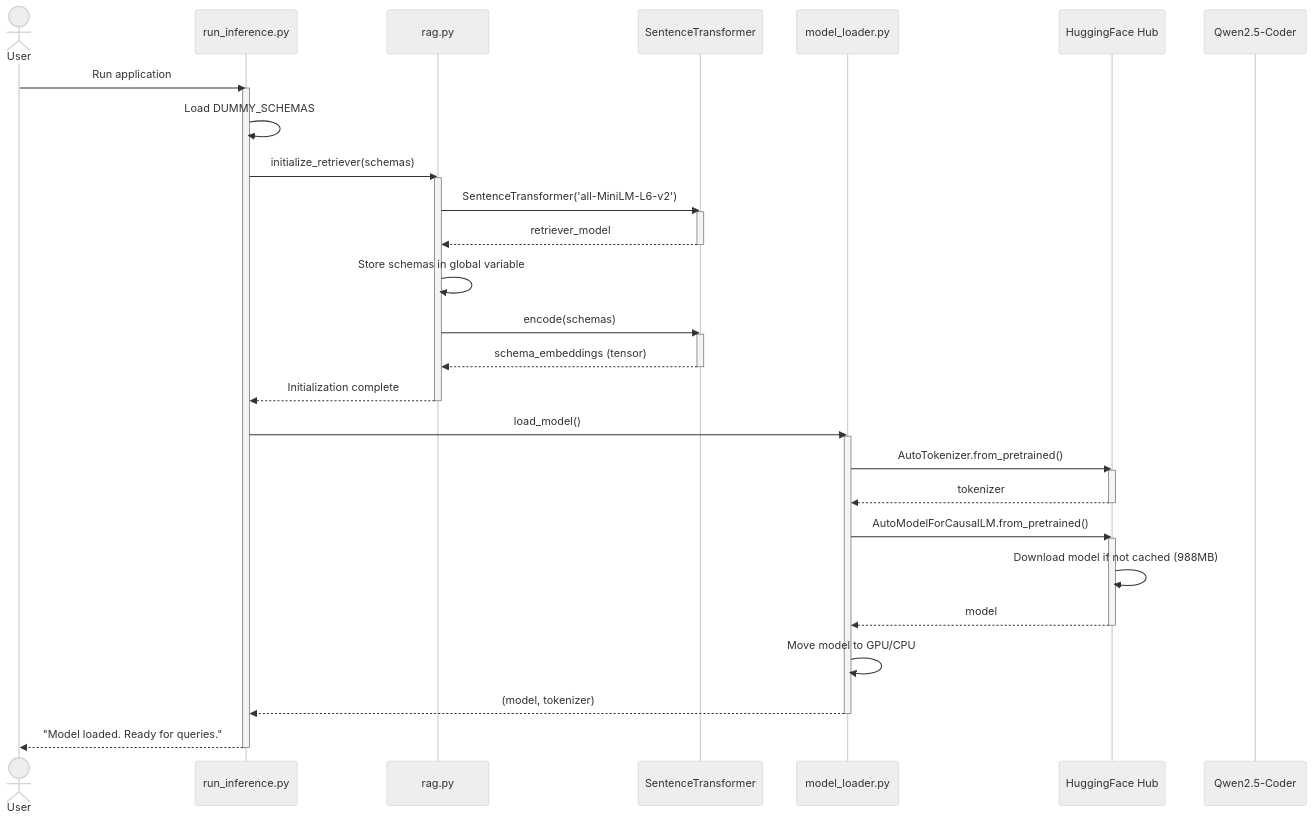
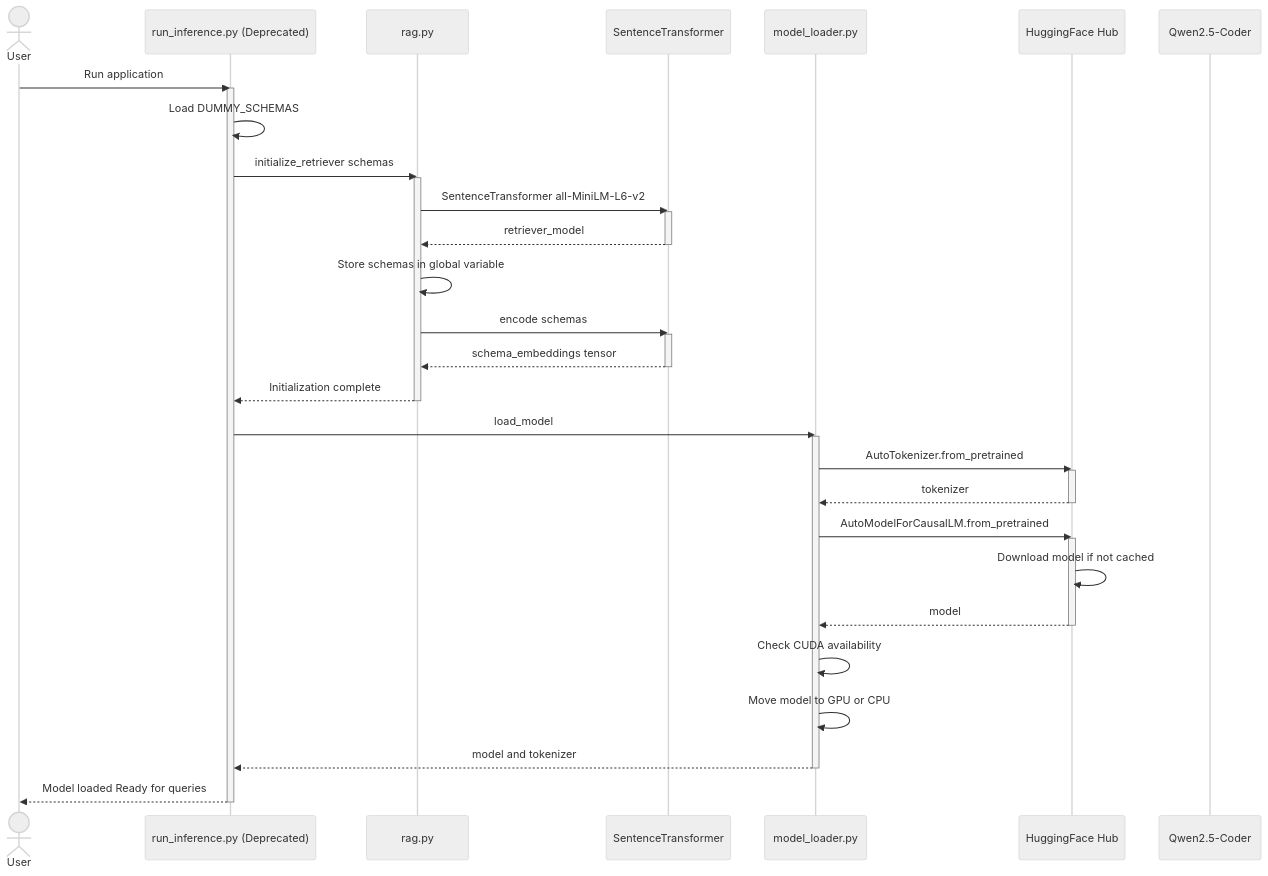
Before and after one commit to nayanjha16/CodeGen-Implementations: the first of 11 diagrams in docs/sequence_diagrams.md, drawn with Mermaid (neutral theme). The commit also changed other lines of this file and 24 other files, not shown here.

````diff
--- a/docs/sequence_diagrams.md
+++ b/docs/sequence_diagrams.md
@@ -9,50 +9,51 @@
 ```mermaid
 sequenceDiagram
     actor User
-    participant Main as run_inference.py
+    participant Main as run_inference.py (Deprecated)
     participant RAG as rag.py
     participant STModel as SentenceTransformer
     participant Loader as model_loader.py
     participant HF as HuggingFace Hub
     participant Model as Qwen2.5-Coder
 
     User->>Main: Run application
     activate Main
     
     Main->>Main: Load DUMMY_SCHEMAS
     
-    Main->>RAG: initialize_retriever(schemas)
+    Main->>RAG: initialize_retriever schemas
     activate RAG
-    RAG->>STModel: SentenceTransformer('all-MiniLM-L6-v2')
+    RAG->>STModel: SentenceTransformer all-MiniLM-L6-v2
     activate STModel
     STModel-->>RAG: retriever_model
     deactivate STModel
     
     RAG->>RAG: Store schemas in global variable
-    RAG->>STModel: encode(schemas)
+    RAG->>STModel: encode schemas
     activate STModel
-    STModel-->>RAG: schema_embeddings (tensor)
+    STModel-->>RAG: schema_embeddings tensor
     deactivate STModel
     RAG-->>Main: Initialization complete
     deactivate RAG
     
-    Main->>Loader: load_model()
+    Main->>Loader: load_model
     activate Loader
-    Loader->>HF: AutoTokenizer.from_pretrained()
+    Loader->>HF: AutoTokenizer.from_pretrained
     activate HF
     HF-->>Loader: tokenizer
     deactivate HF
     
-    Loader->>HF: AutoModelForCausalLM.from_pretrained()
+    Loader->>HF: AutoModelForCausalLM.from_pretrained
     activate HF
-    HF->>HF: Download model if not cached (988MB)
+    HF->>HF: Download model if not cached
     HF-->>Loader: model
     deactivate HF
     
-    Loader->>Loader: Move model to GPU/CPU
-    Loader-->>Main: (model, tokenizer)
+    Loader->>Loader: Check CUDA availability
+    Loader->>Loader: Move model to GPU or CPU
+    Loader-->>Main: model and tokenizer
     deactivate Loader
     
-    Main-->>User: "Model loaded. Ready for queries."
+    Main-->>User: Model loaded Ready for queries
     deactivate Main
 ```
````
